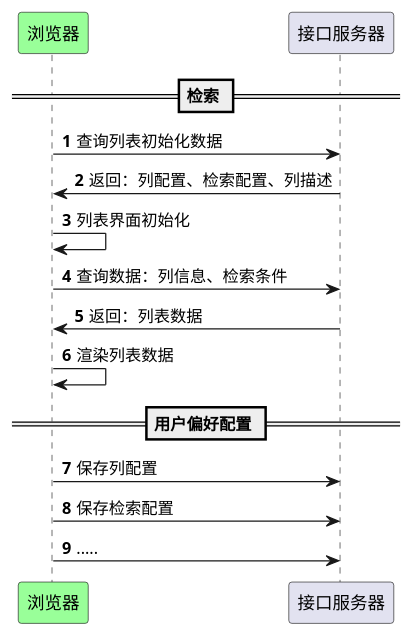
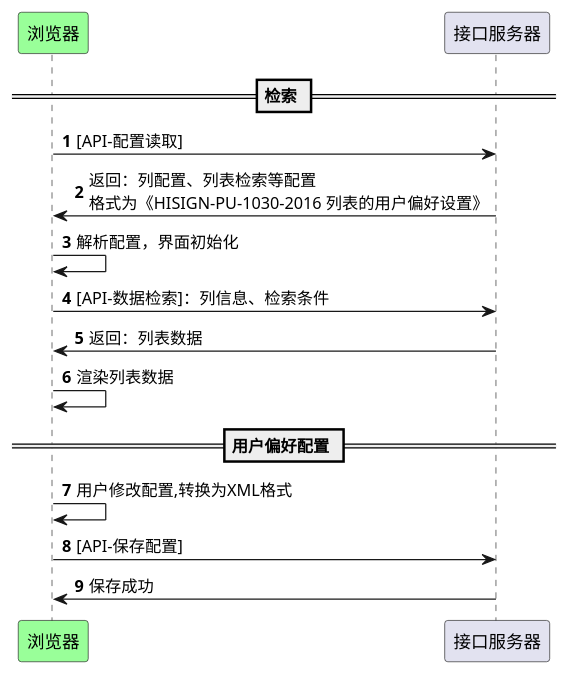
One commit to mvphjx/MyJavaGuide changed the diagram in common/src/main/resources/uml/通用表格检索时序图.puml. Above: the diagram before and after it, drawn with PlantUML. The commit also changed 2 other files, not shown here.

Commit message:
plantuml

```diff
--- a/common/src/main/resources/uml/通用表格检索时序图.puml
+++ b/common/src/main/resources/uml/通用表格检索时序图.puml
@@ -1,18 +1,18 @@
 @startuml
 'https://plantuml.com/sequence-diagram
 
 autonumber
 participant "浏览器" as Client #99FF99
 participant "接口服务器" as Server
 == 检索 ==
-Client -> Server: 查询列表初始化数据
-Server -> Client:返回：列配置、检索配置、列描述
-Client -> Client:列表界面初始化
-Client -> Server: 查询数据：列信息、检索条件
+Client -> Server: [API-配置读取]
+Server -> Client:返回：列配置、列表检索等配置\n格式为《HISIGN-PU-1030-2016 列表的用户偏好设置》
+Client -> Client:解析配置，界面初始化
+Client -> Server: [API-数据检索]：列信息、检索条件
 Server -> Client:返回：列表数据
 Client -> Client:渲染列表数据
 == 用户偏好配置 ==
-Client -> Server: 保存列配置
-Client -> Server: 保存检索配置
-Client -> Server: .....
+Client -> Client:用户修改配置,转换为XML格式
+Client -> Server: [API-保存配置]
+Server -> Client: 保存成功
 @enduml
```
